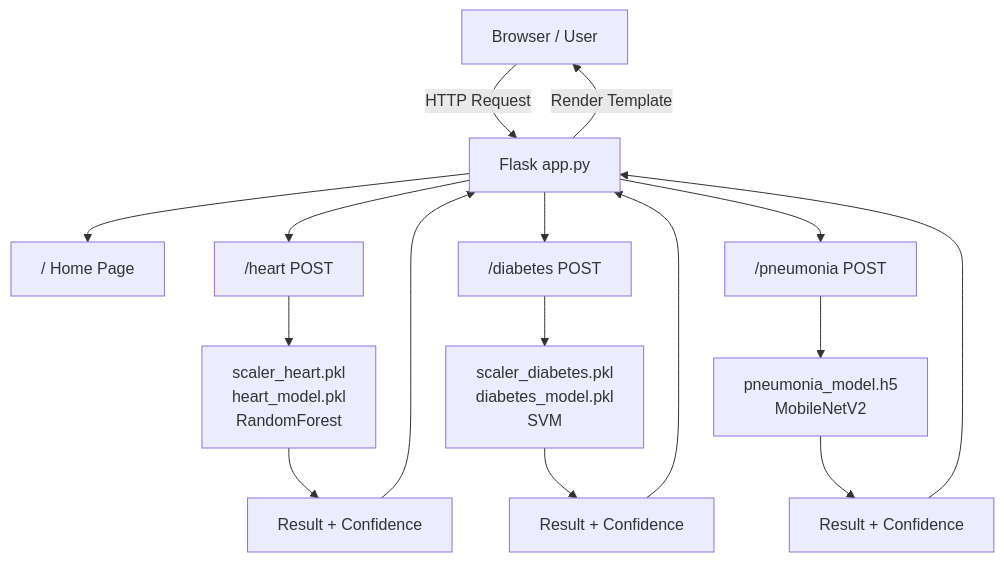
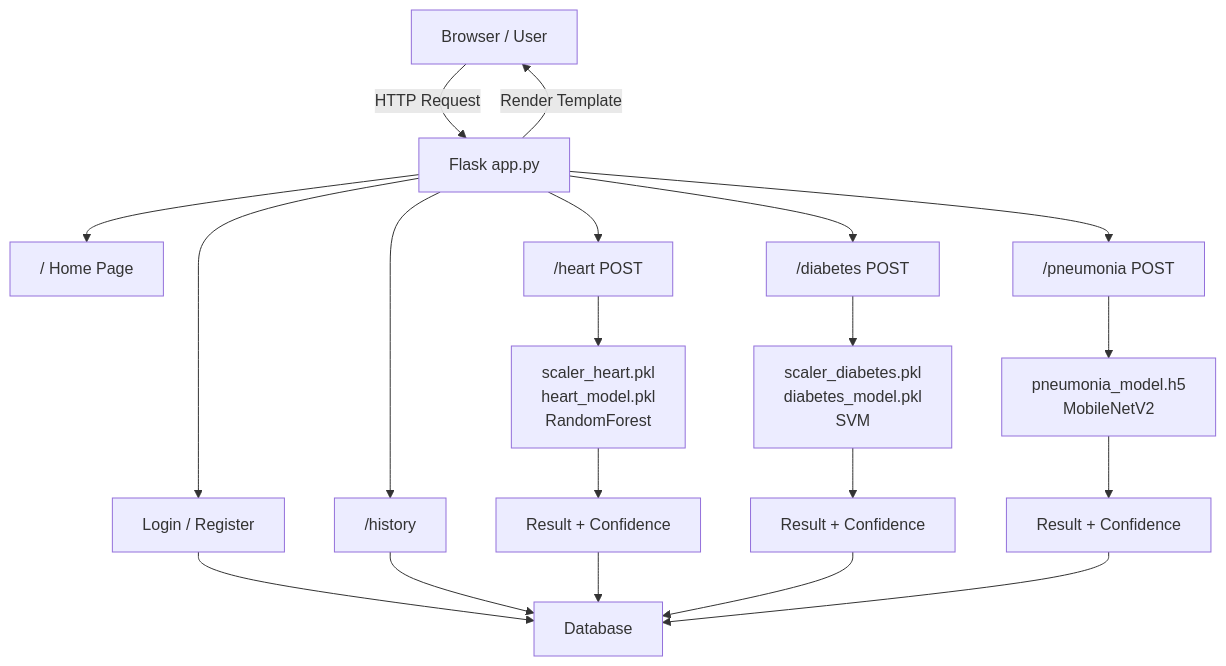
One commit to captainnemo113-art/healthcure changed the diagram in README.md. Above: the diagram before and after it, drawn with Mermaid. The commit also changed other lines of this file and 1 other file, not shown here.

````diff
--- a/README.md
+++ b/README.md
@@ -39,23 +55,28 @@
 ```mermaid
 flowchart TD
     User["Browser / User"] -->|HTTP Request| Flask["Flask app.py"]
 
     Flask --> Home["/ Home Page"]
+    Flask --> Auth["Login / Register"]
     Flask --> H["/heart POST"]
     Flask --> D["/diabetes POST"]
     Flask --> P["/pneumonia POST"]
+    Flask --> Hist["/history"]
+
+    Auth --> DB["Database"]
+    Hist --> DB
 
     H --> HS["scaler_heart.pkl\nheart_model.pkl\nRandomForest"]
     D --> DS["scaler_diabetes.pkl\ndiabetes_model.pkl\nSVM"]
     P --> PS["pneumonia_model.h5\nMobileNetV2"]
 
     HS --> HR["Result + Confidence"]
     DS --> DR["Result + Confidence"]
     PS --> PR["Result + Confidence"]
 
-    HR --> Flask
-    DR --> Flask
-    PR --> Flask
+    HR --> DB
+    DR --> DB
+    PR --> DB
 
     Flask -->|Render Template| User
 ```
````
